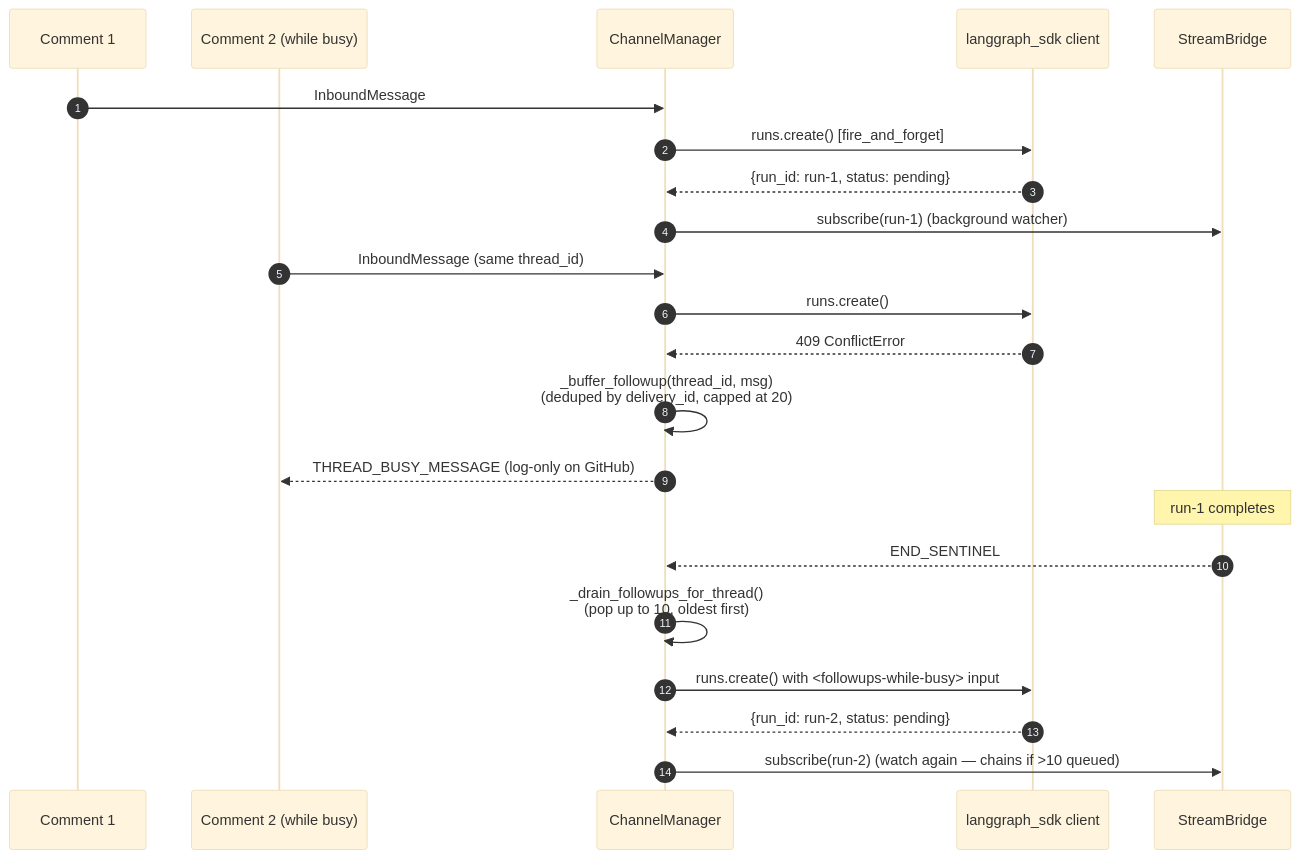
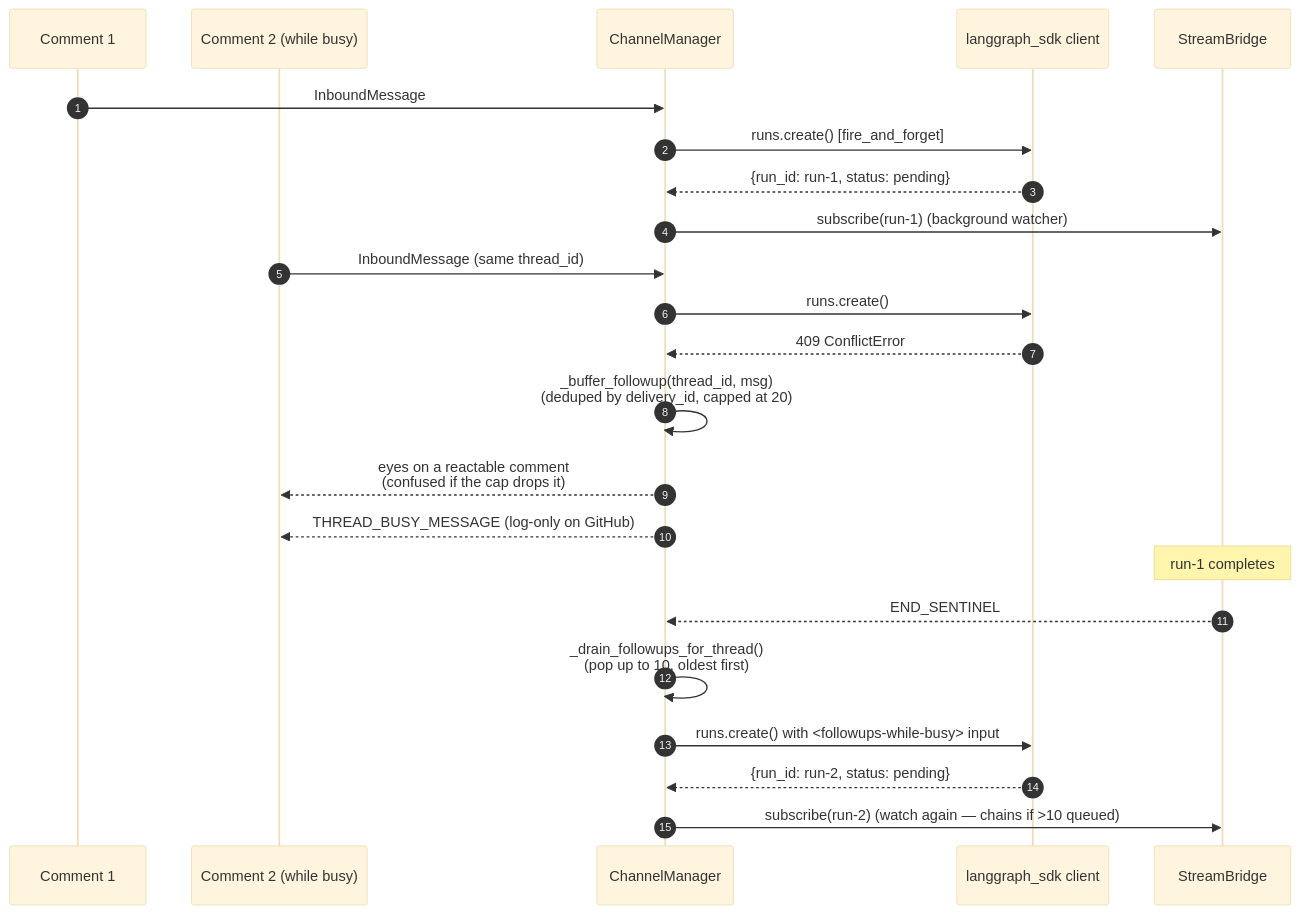
Before and after one commit to bytedance/deer-flow: the seventh of 8 diagrams in backend/docs/GITHUB_AGENTS.md, drawn with Mermaid (base theme). The commit also changed other lines of this file and 3 other files, not shown here.

````diff
--- a/backend/docs/GITHUB_AGENTS.md
+++ b/backend/docs/GITHUB_AGENTS.md
@@ -231,27 +231,28 @@
 ```mermaid
 sequenceDiagram
     autonumber
     participant C1 as Comment 1
     participant C2 as Comment 2 (while busy)
     participant Mgr as ChannelManager
     participant Client as langgraph_sdk client
     participant SB as StreamBridge
 
     C1->>Mgr: InboundMessage
     Mgr->>Client: runs.create() [fire_and_forget]
     Client-->>Mgr: {run_id: run-1, status: pending}
     Mgr->>SB: subscribe(run-1) (background watcher)
 
     C2->>Mgr: InboundMessage (same thread_id)
     Mgr->>Client: runs.create()
     Client-->>Mgr: 409 ConflictError
     Mgr->>Mgr: _buffer_followup(thread_id, msg)<br/>(deduped by delivery_id, capped at 20)
+    Mgr-->>C2: eyes on a reactable comment<br/>(confused if the cap drops it)
     Mgr-->>C2: THREAD_BUSY_MESSAGE (log-only on GitHub)
 
     Note over SB: run-1 completes
     SB-->>Mgr: END_SENTINEL
     Mgr->>Mgr: _drain_followups_for_thread()<br/>(pop up to 10, oldest first)
     Mgr->>Client: runs.create() with <followups-while-busy> input
     Client-->>Mgr: {run_id: run-2, status: pending}
     Mgr->>SB: subscribe(run-2) (watch again — chains if >10 queued)
 ```
````
